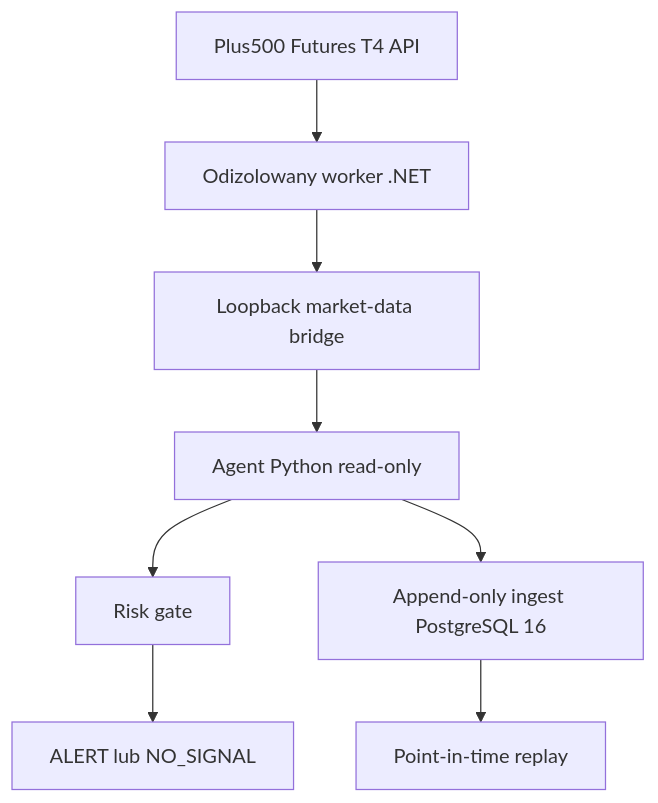
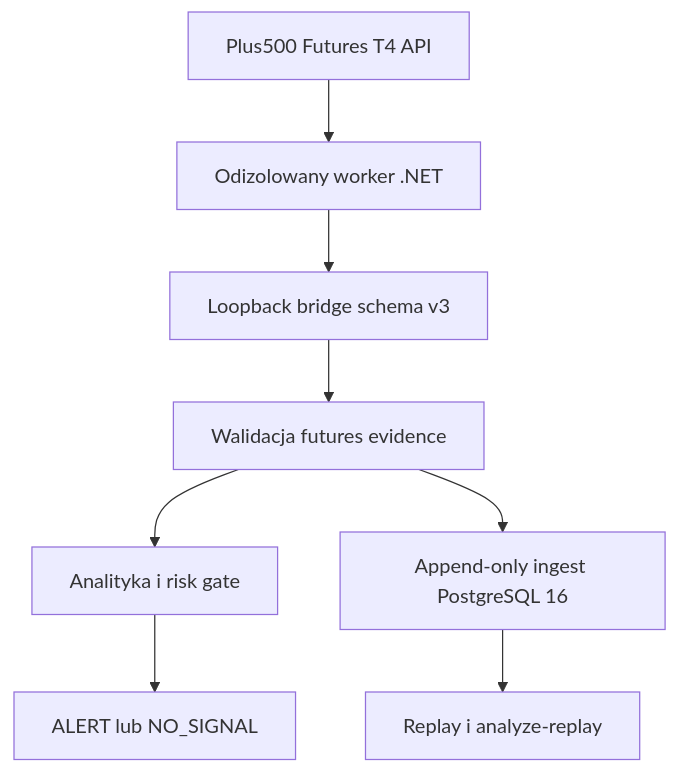
Before and after one commit to PawelZhenchak/Agent_Crypto-: the diagram in docs/ARCHITECTURE.md, drawn with Mermaid. The commit also changed other lines of this file and 37 other files, not shown here.

Commit message:
Add futures analysis and deterministic evidence v0.6.0

````diff
--- a/docs/ARCHITECTURE.md
+++ b/docs/ARCHITECTURE.md
@@ -3,10 +3,10 @@
 ```mermaid
 flowchart TD
     A["Plus500 Futures T4 API"] --> B["Odizolowany worker .NET"]
-    B --> C["Loopback market-data bridge"]
-    C --> D["Agent Python read-only"]
-    D --> E["Risk gate"]
+    B --> C["Loopback bridge schema v3"]
+    C --> D["Walidacja futures evidence"]
+    D --> E["Analityka i risk gate"]
     E --> F["ALERT lub NO_SIGNAL"]
     D --> G["Append-only ingest PostgreSQL 16"]
-    G --> H["Point-in-time replay"]
+    G --> H["Replay i analyze-replay"]
 ```
````
